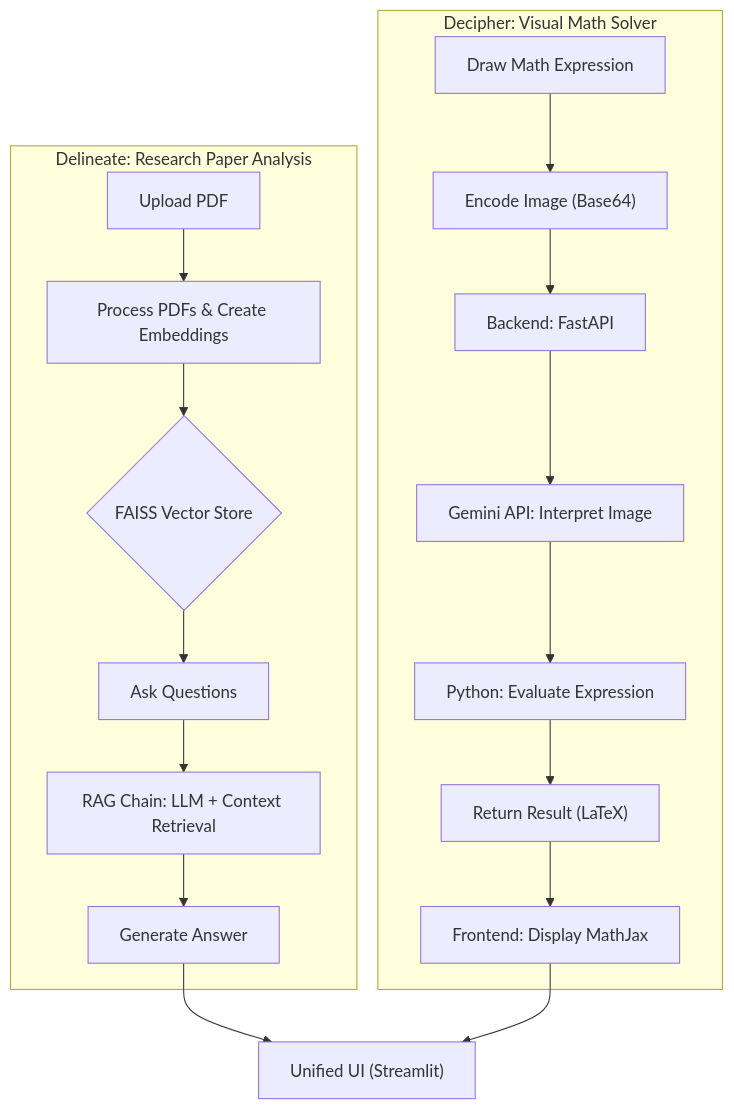
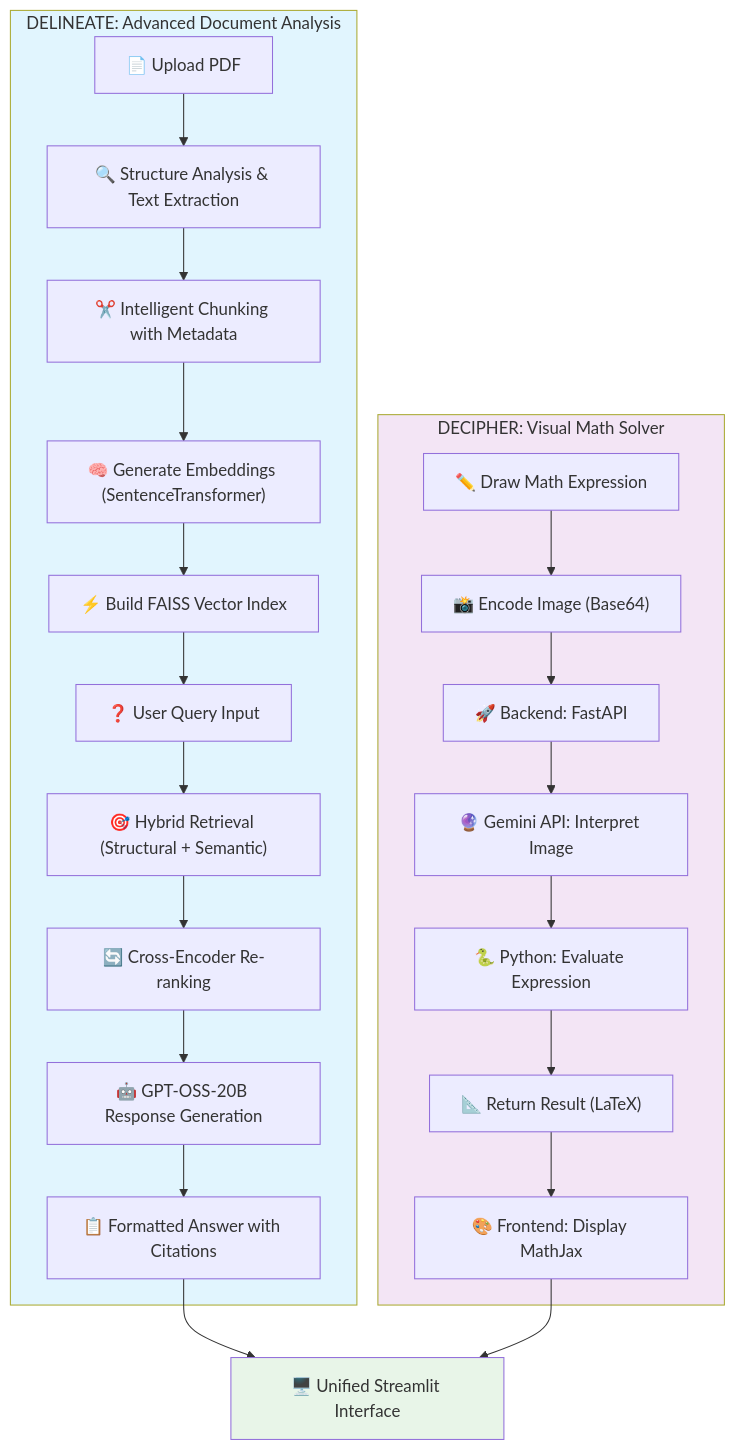
One commit to coderRohan123/DELINEATE-AND-DECIPHER changed the diagram in README.md. Above: the diagram before and after it, drawn with Mermaid. The commit also changed other lines of this file and 48 other files, not shown here.

````diff
--- a/README.md
+++ b/README.md
@@ -129,22 +209,30 @@
 ```mermaid
 graph TD;
-    subgraph Delineate_Section["Delineate: Research Paper Analysis"]
-        A["Upload PDF"] --> B["Process PDFs & Create Embeddings"]
-        B --> C{"FAISS Vector Store"}
-        C --> D["Ask Questions"]
-        D --> E["RAG Chain: LLM + Context Retrieval"]
-        E --> F["Generate Answer"]
+    subgraph Delineate_Section["DELINEATE: Advanced Document Analysis"]
+        A["📄 Upload PDF"] --> B["🔍 Structure Analysis & Text Extraction"]
+        B --> C["✂️ Intelligent Chunking with Metadata"]
+        C --> D["🧠 Generate Embeddings (SentenceTransformer)"]
+        D --> E["⚡ Build FAISS Vector Index"]
+        E --> F["❓ User Query Input"]
+        F --> G["🎯 Hybrid Retrieval (Structural + Semantic)"]
+        G --> H["🔄 Cross-Encoder Re-ranking"]
+        H --> I["🤖 GPT-OSS-20B Response Generation"]
+        I --> J["📋 Formatted Answer with Citations"]
     end
 
-    subgraph Decipher_Section["Decipher: Visual Math Solver"]
-        G["Draw Math Expression"] --> H["Encode Image (Base64)"]
-        H --> I["Backend: FastAPI"]
-        I --> J["Gemini API: Interpret Image"]
-        J --> K["Python: Evaluate Expression"]
-        K --> L["Return Result (LaTeX)"]
-        L --> M["Frontend: Display MathJax"]
+    subgraph Decipher_Section["DECIPHER: Visual Math Solver"]
+        K["✏️ Draw Math Expression"] --> L["📸 Encode Image (Base64)"]
+        L --> M["🚀 Backend: FastAPI"]
+        M --> N["🔮 Gemini API: Interpret Image"]
+        N --> O["🐍 Python: Evaluate Expression"]
+        O --> P["📐 Return Result (LaTeX)"]
+        P --> Q["🎨 Frontend: Display MathJax"]
     end
 
-    F --> N["Unified UI (Streamlit)"]
-    M --> N
+    J --> R["🖥️ Unified Streamlit Interface"]
+    Q --> R
+
+    style Delineate_Section fill:#e1f5fe
+    style Decipher_Section fill:#f3e5f5
+    style R fill:#e8f5e8
 ```
````
